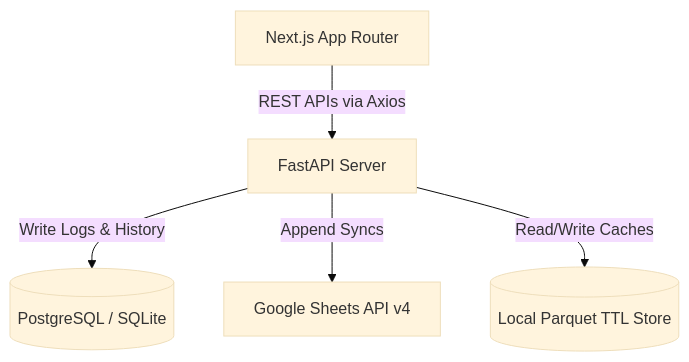
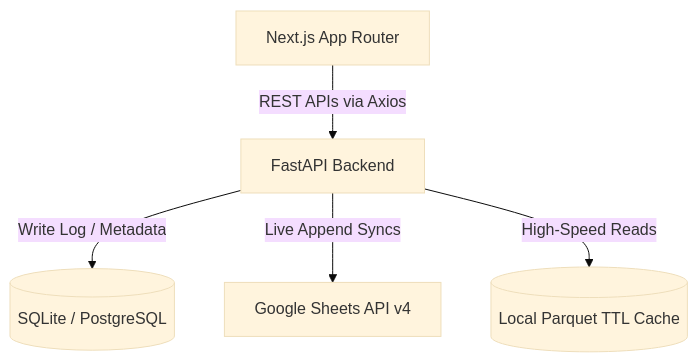
One commit to sumitkumarnayak-hub/forecast-pipeline-v2 changed the diagram in DEVELOPER_GUIDE.md. Above: the diagram before and after it, drawn with Mermaid (base theme). The commit also changed other lines of this file, not shown here.

Commit message:
docs: restructure developer guide into architecture and operations sections

````diff
--- a/DEVELOPER_GUIDE.md
+++ b/DEVELOPER_GUIDE.md
@@ -18,7 +14,7 @@
 ```mermaid
 graph TD
-    UI[Next.js App Router] -->|REST APIs via Axios| API[FastAPI Server]
-    API -->|Write Logs & History| DB[(PostgreSQL / SQLite)]
-    API -->|Append Syncs| Sheets[Google Sheets API v4]
-    API -->|Read/Write Caches| Cache[(Local Parquet TTL Store)]
+    UI[Next.js App Router] -->|REST APIs via Axios| API[FastAPI Backend]
+    API -->|Write Log / Metadata| DB[(SQLite / PostgreSQL)]
+    API -->|Live Append Syncs| Sheets[Google Sheets API v4]
+    API -->|High-Speed Reads| Cache[(Local Parquet TTL Cache)]
 ```
````
